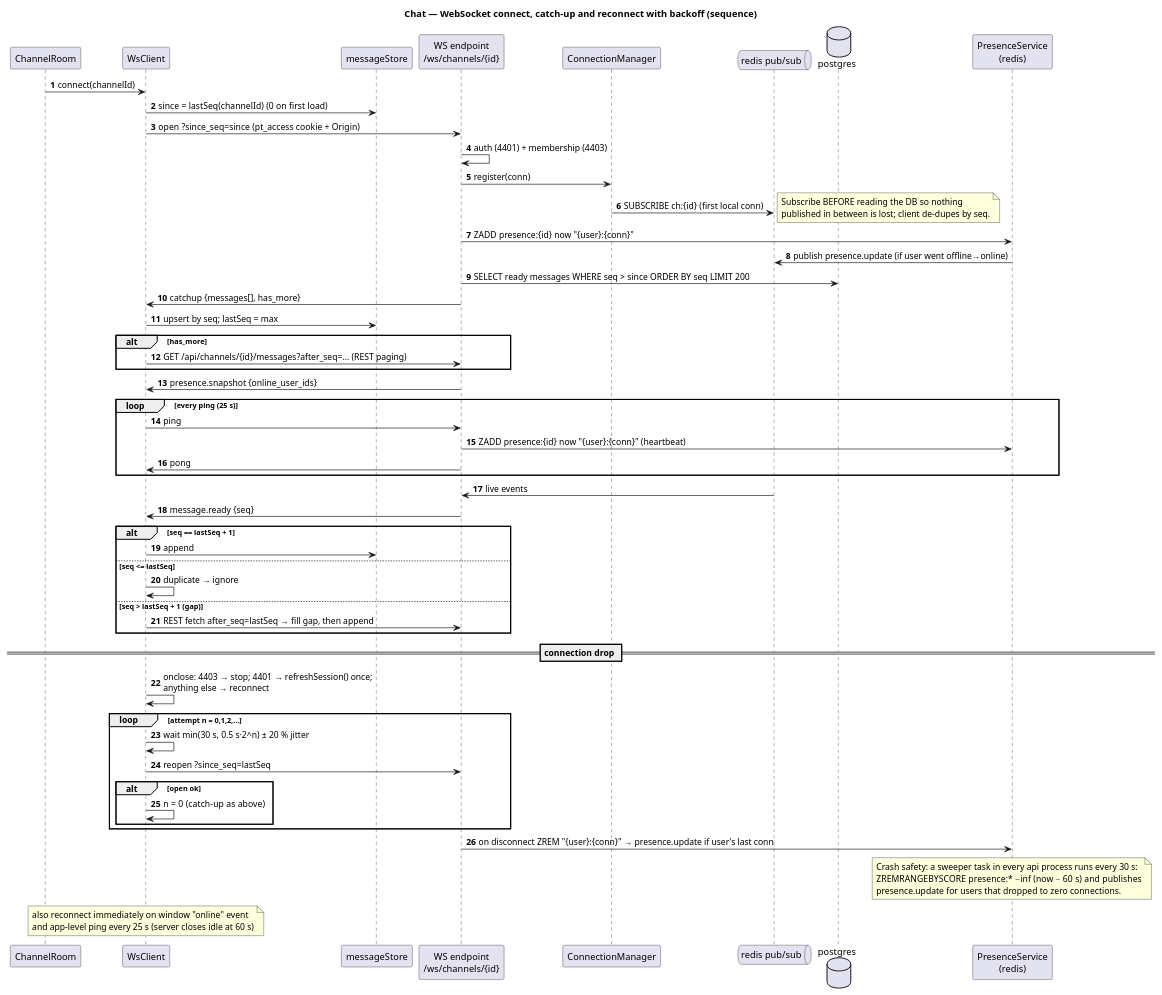
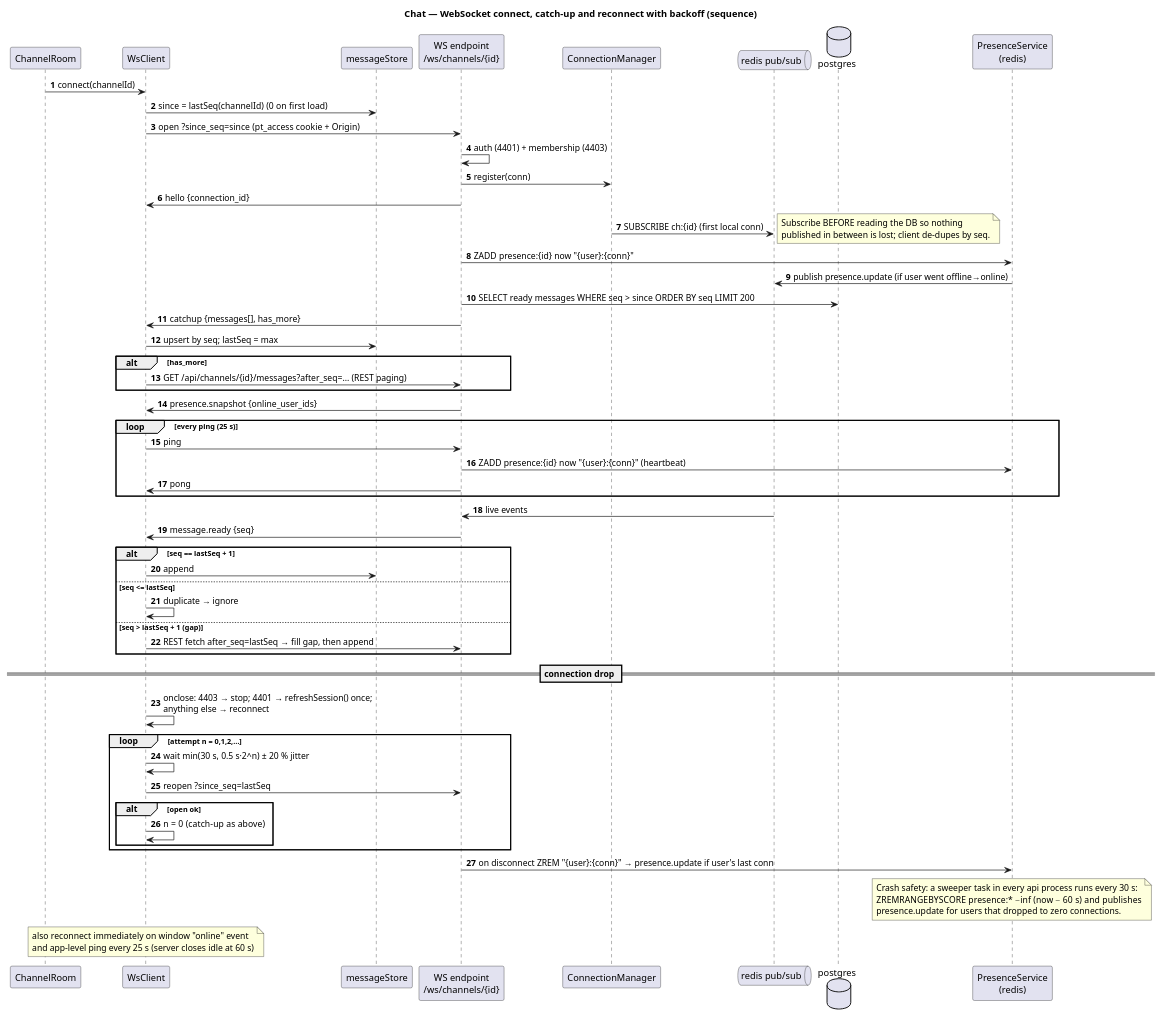
One commit to Salma-Mahmoudd/pushtalk changed the second of 7 diagrams in specs/chat/uml-diagrams.puml. Above: the diagram before and after it, drawn with PlantUML. The commit also changed other lines of this file and 21 other files, not shown here.

First line of the commit message:
docs(specs): align plans and diagrams with what was built

```diff
--- a/specs/chat/uml-diagrams.puml
+++ b/specs/chat/uml-diagrams.puml
@@ -76,67 +76,68 @@
 @startuml uml-diagrams-reconnect-catchup
 title Chat — WebSocket connect, catch-up and reconnect with backoff (sequence)
 
 skinparam shadowing false
 skinparam defaultFontName Helvetica
 autonumber
 
 participant "ChannelRoom" as room
 participant "WsClient" as ws
 participant "messageStore" as store
 participant "WS endpoint\n/ws/channels/{id}" as ep
 participant "ConnectionManager" as cm
 queue "redis pub/sub" as ps
 database postgres as db
 participant "PresenceService\n(redis)" as pres
 
 room -> ws : connect(channelId)
 ws -> store : since = lastSeq(channelId)  (0 on first load)
 ws -> ep : open ?since_seq=since  (pt_access cookie + Origin)
 ep -> ep : auth (4401) + membership (4403)
 ep -> cm : register(conn)
+ep -> ws : hello {connection_id}
 cm -> ps : SUBSCRIBE ch:{id} (first local conn)
 note right
   Subscribe BEFORE reading the DB so nothing
   published in between is lost; client de-dupes by seq.
 end note
 ep -> pres : ZADD presence:{id} now "{user}:{conn}"
 pres -> ps : publish presence.update (if user went offline→online)
 ep -> db : SELECT ready messages WHERE seq > since ORDER BY seq LIMIT 200
 ep -> ws : catchup {messages[], has_more}
 ws -> store : upsert by seq; lastSeq = max
 alt has_more
   ws -> ep : GET /api/channels/{id}/messages?after_seq=... (REST paging)
 end
 ep -> ws : presence.snapshot {online_user_ids}
 loop every ping (25 s)
   ws -> ep : ping
   ep -> pres : ZADD presence:{id} now "{user}:{conn}" (heartbeat)
   ep -> ws : pong
 end
 ps -> ep : live events
 ep -> ws : message.ready {seq}
 alt seq == lastSeq + 1
   ws -> store : append
 else seq <= lastSeq
   ws -> ws : duplicate → ignore
 else seq > lastSeq + 1 (gap)
   ws -> ep : REST fetch after_seq=lastSeq → fill gap, then append
 end
 
 == connection drop ==
 ws -> ws : onclose: 4403 → stop; 4401 → refreshSession() once;\nanything else → reconnect
 loop attempt n = 0,1,2,…
   ws -> ws : wait min(30 s, 0.5 s·2^n) ± 20 % jitter
   ws -> ep : reopen ?since_seq=lastSeq
   alt open ok
     ws -> ws : n = 0  (catch-up as above)
   end
 end
 ep -> pres : on disconnect ZREM "{user}:{conn}" → presence.update if user's last conn
 note over pres
   Crash safety: a sweeper task in every api process runs every 30 s:
   ZREMRANGEBYSCORE presence:* −inf (now − 60 s) and publishes
   presence.update for users that dropped to zero connections.
 end note
 note over ws : also reconnect immediately on window "online" event\nand app-level ping every 25 s (server closes idle at 60 s)
 @enduml
```
